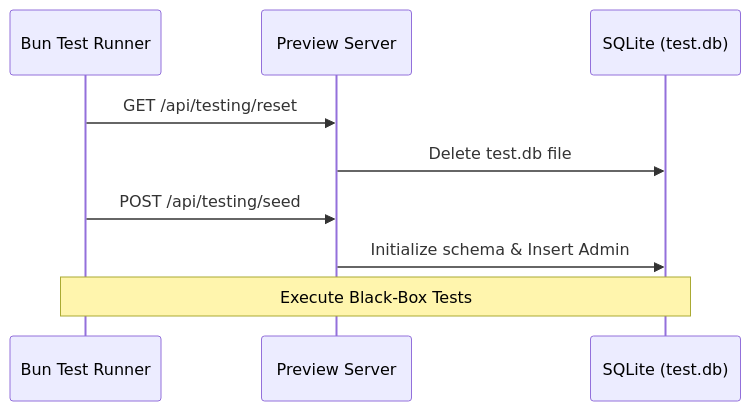
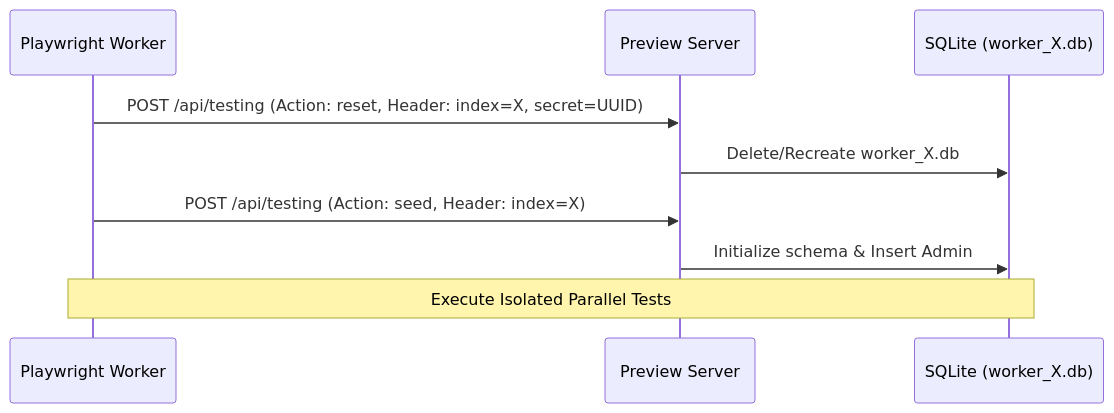
Before and after one commit to TamoorArif/SveltyCMS: the diagram in docs/tests/database-tests.mdx, drawn with Mermaid. The commit also changed other lines of this file and 14 other files, not shown here.

Commit message:
fix: resolve svelte-check errors in hooks and testing API

````diff
--- a/docs/tests/database-tests.mdx
+++ b/docs/tests/database-tests.mdx
@@ -56,12 +68,12 @@
 ```mermaid
 sequenceDiagram
-    participant Runner as Bun Test Runner
+    participant Runner as Playwright Worker
     participant Server as Preview Server
-    participant DB as SQLite (test.db)
+    participant DB as SQLite (worker_X.db)
 
-    Runner->>Server: GET /api/testing/reset
-    Server->>DB: Delete test.db file
-    Runner->>Server: POST /api/testing/seed
+    Runner->>Server: POST /api/testing (Action: reset, Header: index=X, secret=UUID)
+    Server->>DB: Delete/Recreate worker_X.db
+    Runner->>Server: POST /api/testing (Action: seed, Header: index=X)
     Server->>DB: Initialize schema & Insert Admin
-    Note over Runner,DB: Execute Black-Box Tests
+    Note over Runner,DB: Execute Isolated Parallel Tests
 ```
````
